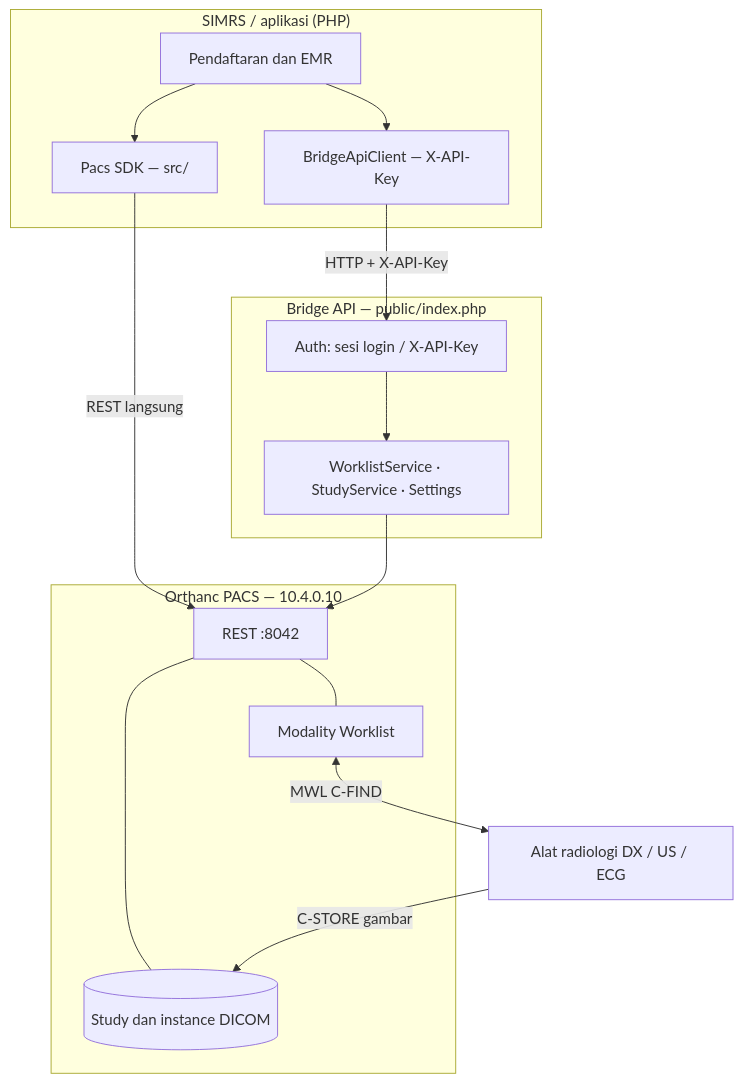
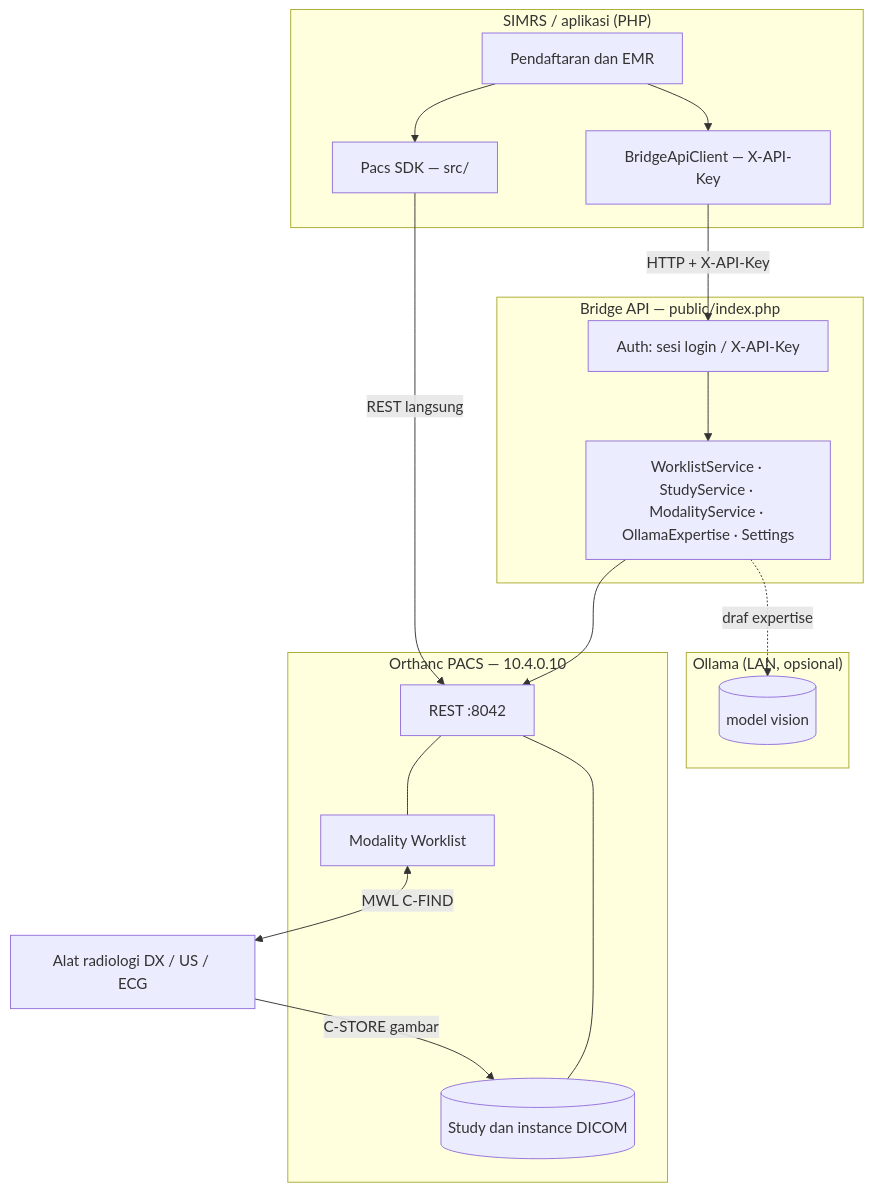
One commit to imamw95-crb/pacs-bridge-API changed the first of 3 diagrams in README.md. Above: the diagram before and after it, drawn with Mermaid. The commit also changed other lines of this file and 6 other files, not shown here.

First line of the commit message:
docs: selaraskan README & panduan API dengan fitur AI expertise dan pendaftaran modality

````diff
--- a/README.md
+++ b/README.md
@@ -31,32 +63,37 @@
 ```mermaid
 flowchart TB
     subgraph SIMRS["SIMRS / aplikasi (PHP)"]
         REG["Pendaftaran dan EMR"]
         SDK["Pacs SDK — src/"]
         CLI["BridgeApiClient — X-API-Key"]
     end
 
     subgraph BRIDGE["Bridge API — public/index.php"]
         AUTH["Auth: sesi login / X-API-Key"]
-        SVC["WorklistService · StudyService · Settings"]
+        SVC["WorklistService · StudyService · ModalityService · OllamaExpertise · Settings"]
     end
 
     subgraph PACS["Orthanc PACS — 10.4.0.10"]
         REST["REST :8042"]
         MWL["Modality Worklist"]
         IMG[("Study dan instance DICOM")]
     end
 
     MOD["Alat radiologi DX / US / ECG"]
+
+    subgraph AI["Ollama (LAN, opsional)"]
+        AIM[("model vision")]
+    end
 
     REG --> SDK
     REG --> CLI
     SDK -->|"REST langsung"| REST
     CLI -->|"HTTP + X-API-Key"| AUTH
     AUTH --> SVC
     SVC --> REST
     REST --- MWL
     REST --- IMG
     MWL <-->|"MWL C-FIND"| MOD
     MOD -->|"C-STORE gambar"| IMG
+    SVC -.->|"draf expertise"| AIM
 ```
````
